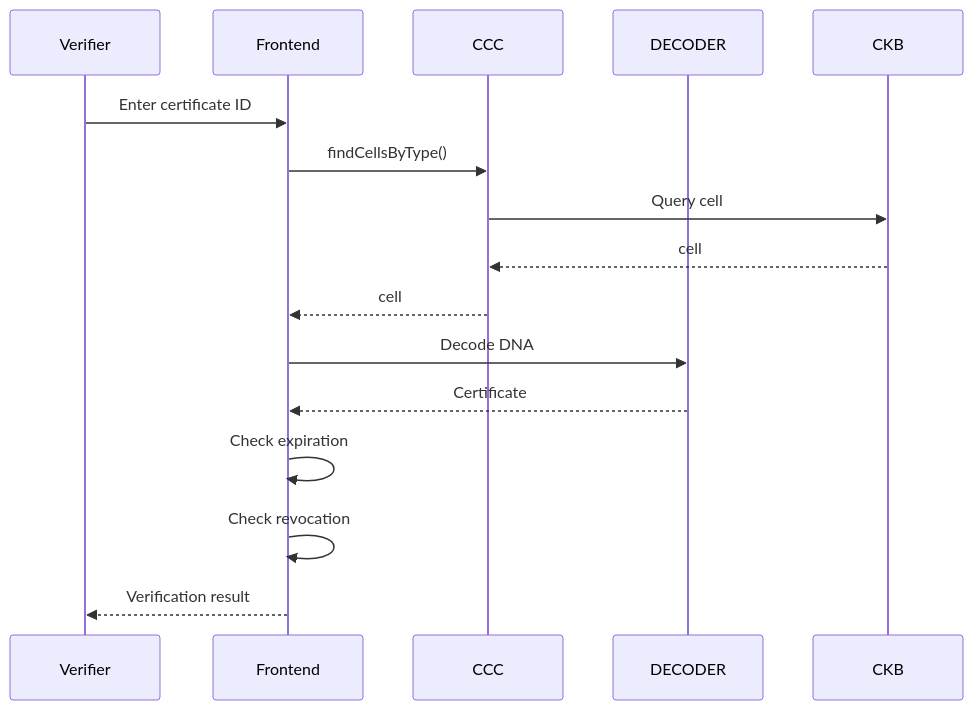
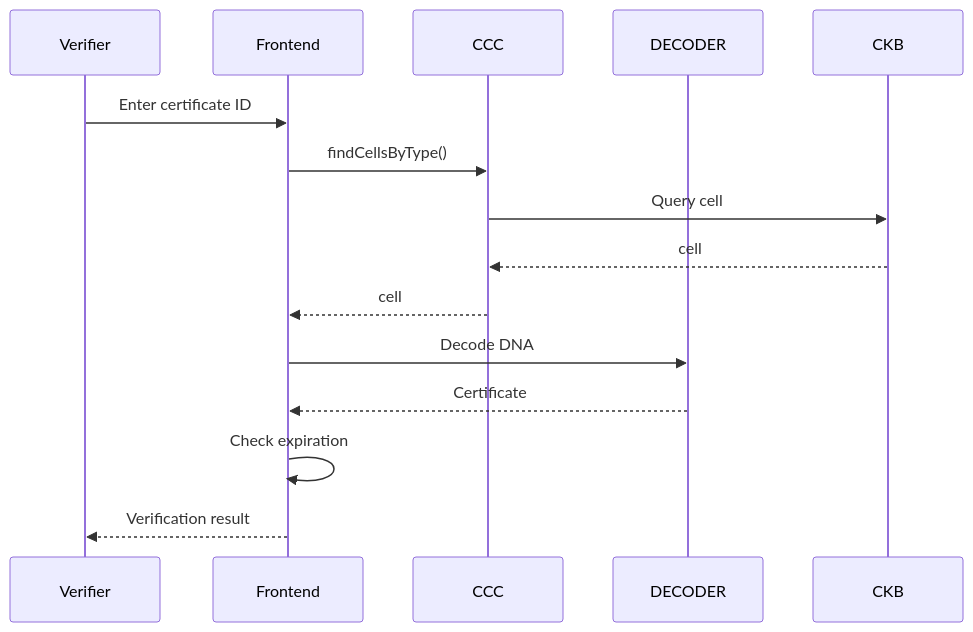
The eighth of 12 diagrams in doc/Design_spec/Implementation_Architecture.md (hiepthach/CertifyCKB), drawn with Mermaid before and after one commit. The commit also changed other lines of this file and 25 other files, not shown here.

````diff
--- a/doc/Design_spec/Implementation_Architecture.md
+++ b/doc/Design_spec/Implementation_Architecture.md
@@ -495,19 +489,18 @@
 ```mermaid
 sequenceDiagram
     participant Verifier
     participant Frontend
     participant CCC
     participant DECODER
     participant CKB
 
     Verifier->>Frontend: Enter certificate ID
     Frontend->>CCC: findCellsByType()
     CCC->>CKB: Query cell
     CKB-->>CCC: cell
     CCC-->>Frontend: cell
     Frontend->>DECODER: Decode DNA
     DECODER-->>Frontend: Certificate
     Frontend->>Frontend: Check expiration
-    Frontend->>Frontend: Check revocation
     Frontend-->>Verifier: Verification result
 ```
````
